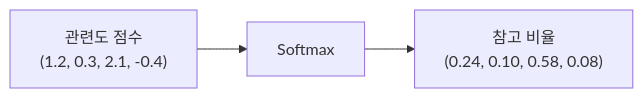
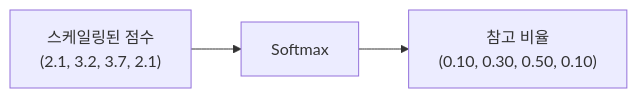
The sixth of 10 diagrams in src/content/blog/2026-07-02-llm-transformer와-self-attention-이해하기.md (jwsung91/jwsung91.github.io), drawn with Mermaid before and after one commit. The commit also changed other lines of this file and 35 other files, not shown here.

````diff
--- a/src/content/blog/2026-07-02-llm-transformer와-self-attention-이해하기.md
+++ b/src/content/blog/2026-07-02-llm-transformer와-self-attention-이해하기.md
@@ -203,4 +208,4 @@
 ```mermaid
 flowchart LR
-    A["관련도 점수<br/>(1.2, 0.3, 2.1, -0.4)"] --> B[Softmax] --> C["참고 비율<br/>(0.24, 0.10, 0.58, 0.08)"]
+    A["스케일링된 점수<br/>(2.1, 3.2, 3.7, 2.1)"] --> B[Softmax] --> C["참고 비율<br/>(0.10, 0.30, 0.50, 0.10)"]
 ```
````
